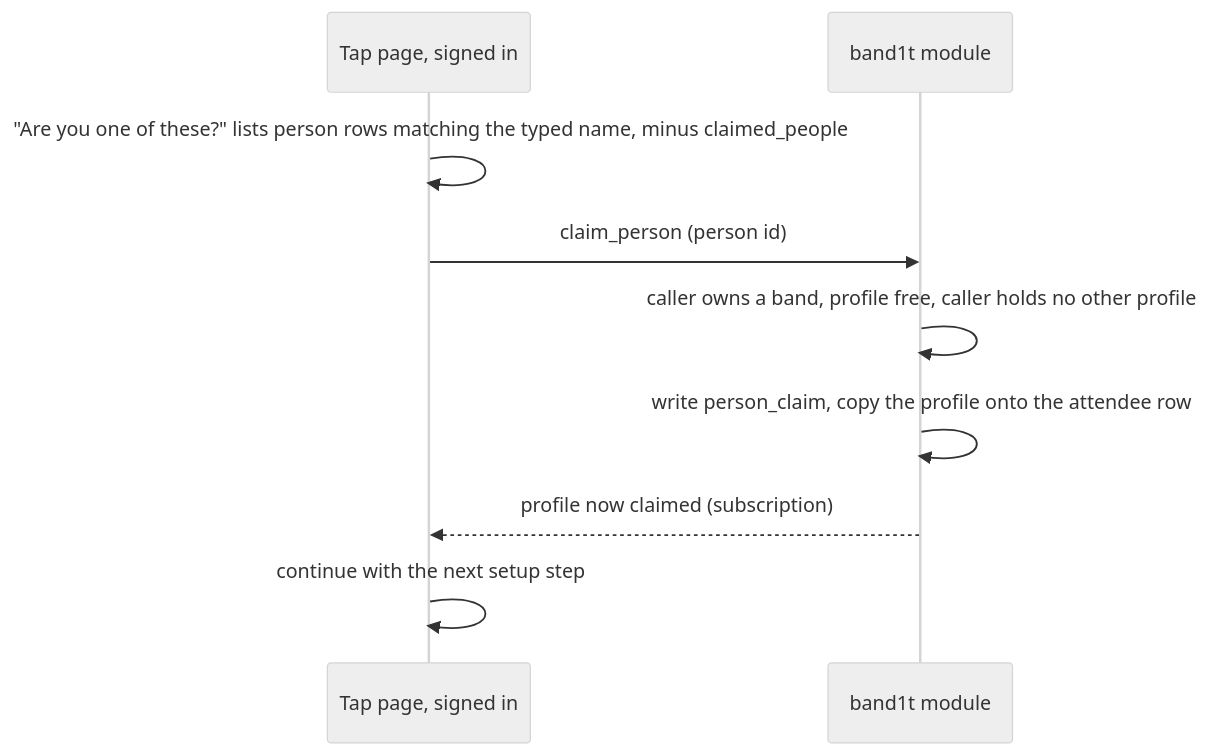
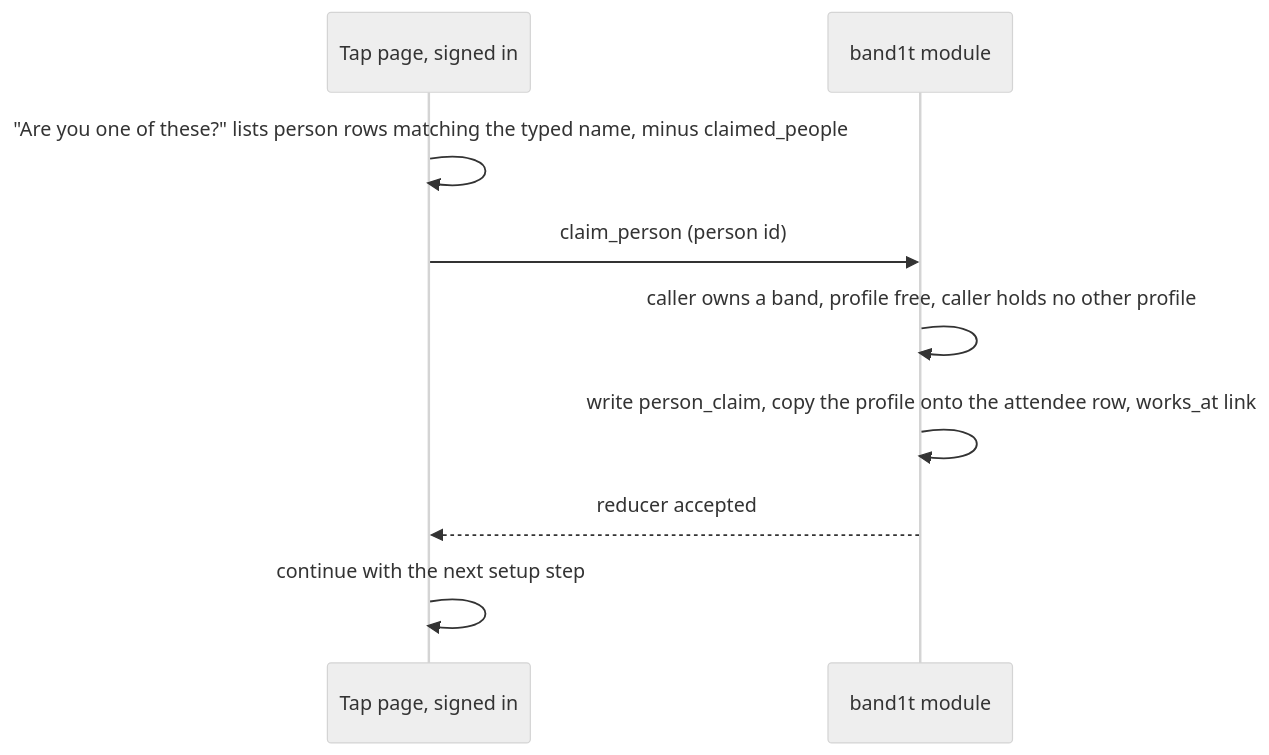
The fifth of 6 diagrams in System Design/7-integrations/Bright-Data.md (viktorinkov/cal-hacks-13), drawn with Mermaid (neutral theme) before and after one commit. The commit also changed other lines of this file and 5 other files, not shown here.

````diff
--- a/System Design/7-integrations/Bright-Data.md
+++ b/System Design/7-integrations/Bright-Data.md
@@ -349,11 +322,11 @@
 ```mermaid
 sequenceDiagram
   participant App as Tap page, signed in
   participant Mod as band1t module
   App->>App: "Are you one of these?" lists person rows matching the typed name, minus claimed_people
   App->>Mod: claim_person (person id)
   Mod->>Mod: caller owns a band, profile free, caller holds no other profile
-  Mod->>Mod: write person_claim, copy the profile onto the attendee row
-  Mod-->>App: profile now claimed (subscription)
+  Mod->>Mod: write person_claim, copy the profile onto the attendee row, works_at link
+  Mod-->>App: reducer accepted
   App->>App: continue with the next setup step
 ```
````
